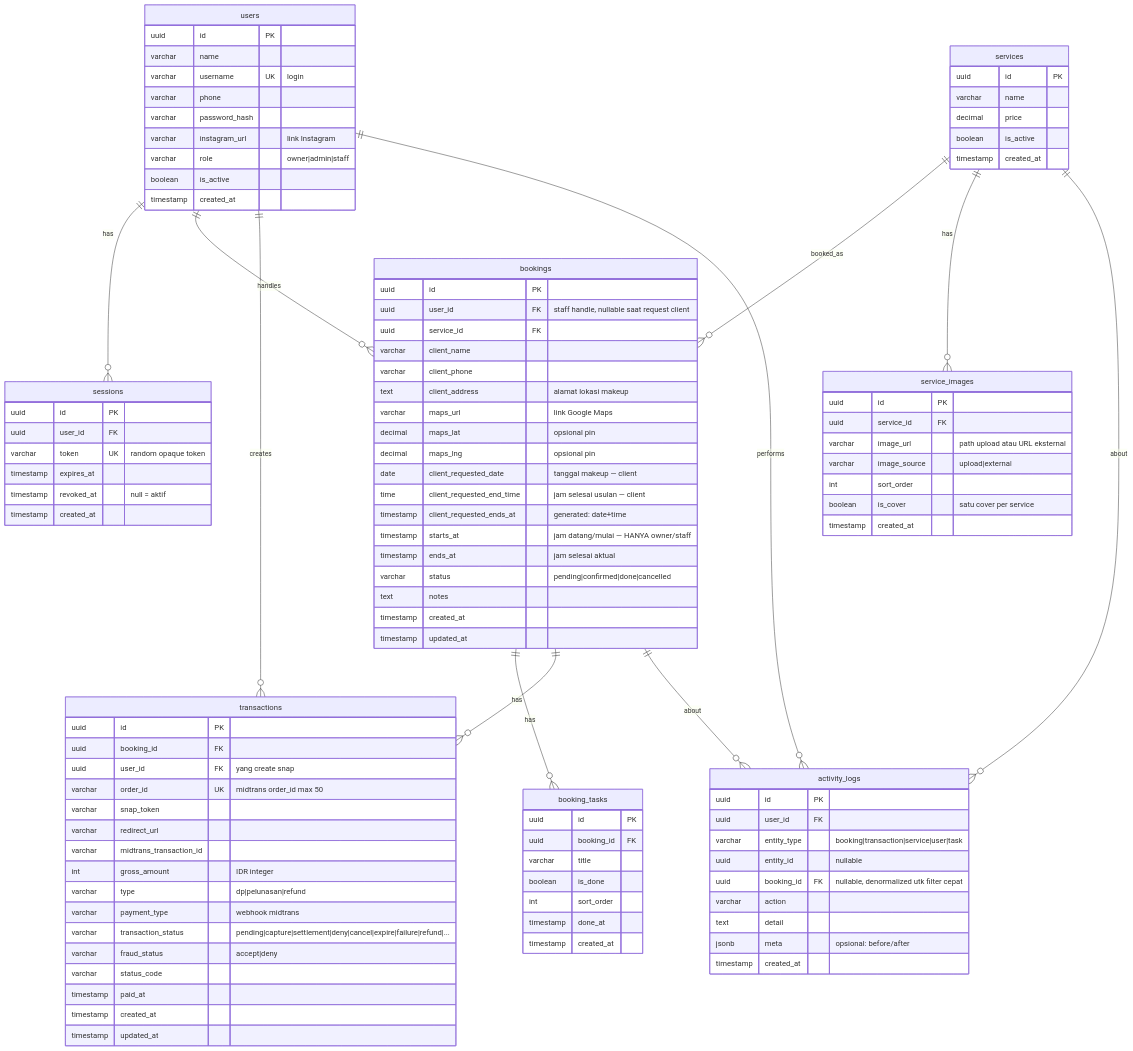
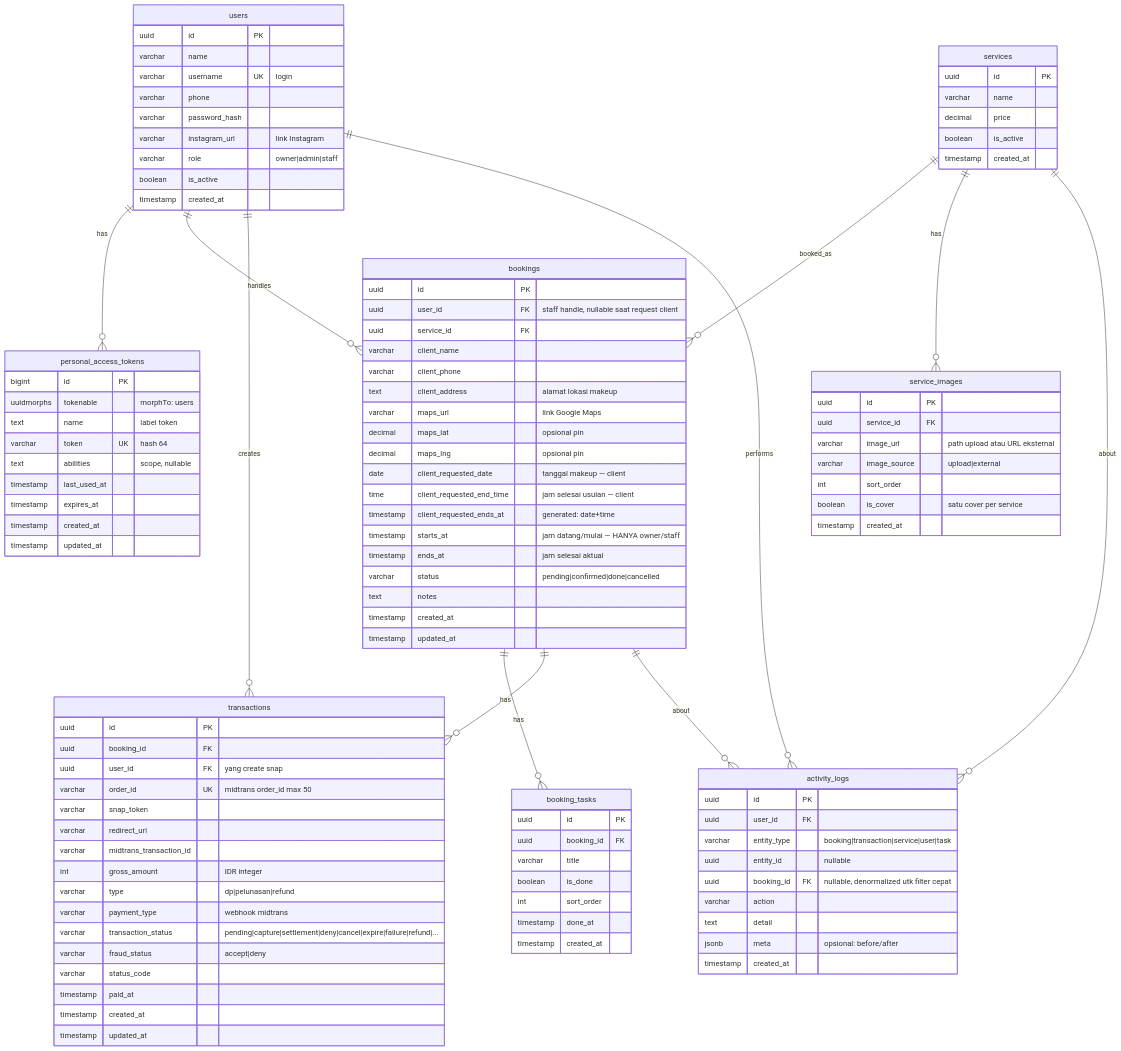
Before and after one commit to AzerothGT/SimpleBookingMUA: the diagram in docs/erd-database.md, drawn with Mermaid. The commit also changed other lines of this file and 46 other files, not shown here.

````diff
--- a/docs/erd-database.md
+++ b/docs/erd-database.md
@@ -3,6 +3,6 @@
 ```mermaid
 erDiagram
-    users ||--o{ sessions : has
+    users ||--o{ personal_access_tokens : has
     users ||--o{ bookings : handles
     users ||--o{ transactions : creates
     users ||--o{ activity_logs : performs
@@ -25,13 +25,16 @@
         timestamp created_at
     }
 
-    sessions {
-        uuid id PK
-        uuid user_id FK
-        varchar token UK "random opaque token"
+    personal_access_tokens {
+        bigint id PK
+        uuidmorphs tokenable "morphTo: users"
+        text name "label token"
+        varchar token UK "hash 64"
+        text abilities "scope, nullable"
+        timestamp last_used_at
         timestamp expires_at
-        timestamp revoked_at "null = aktif"
         timestamp created_at
+        timestamp updated_at
     }
 
     services {
````
